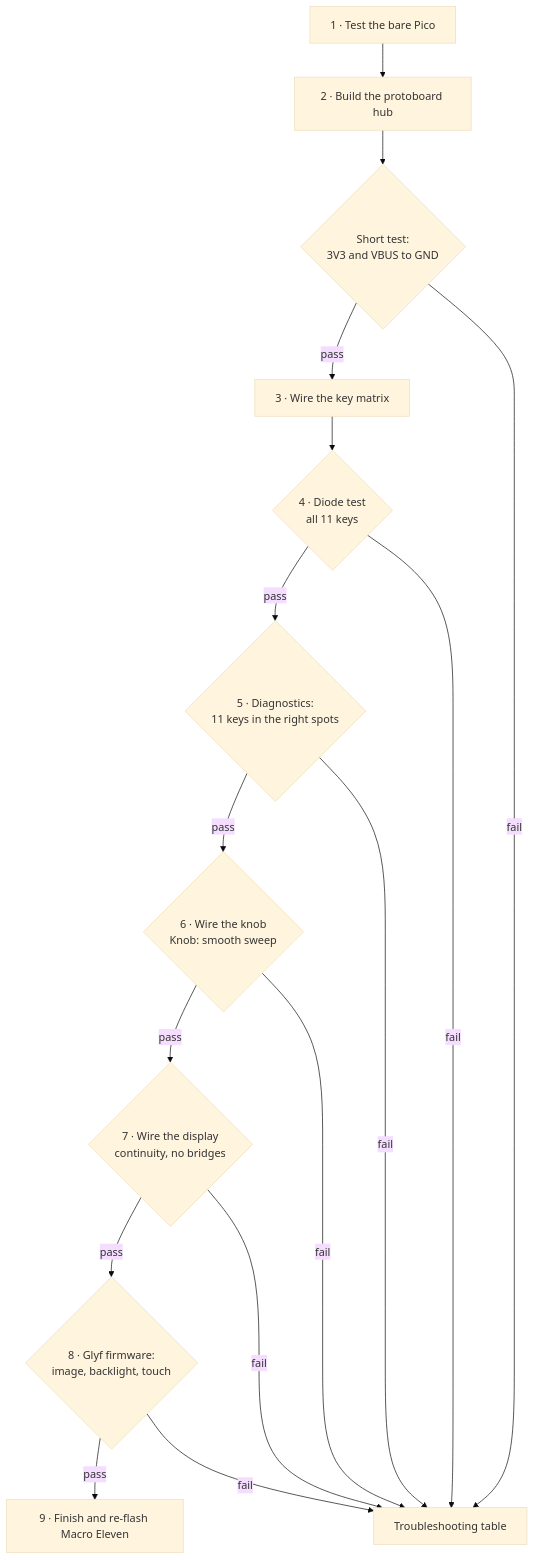
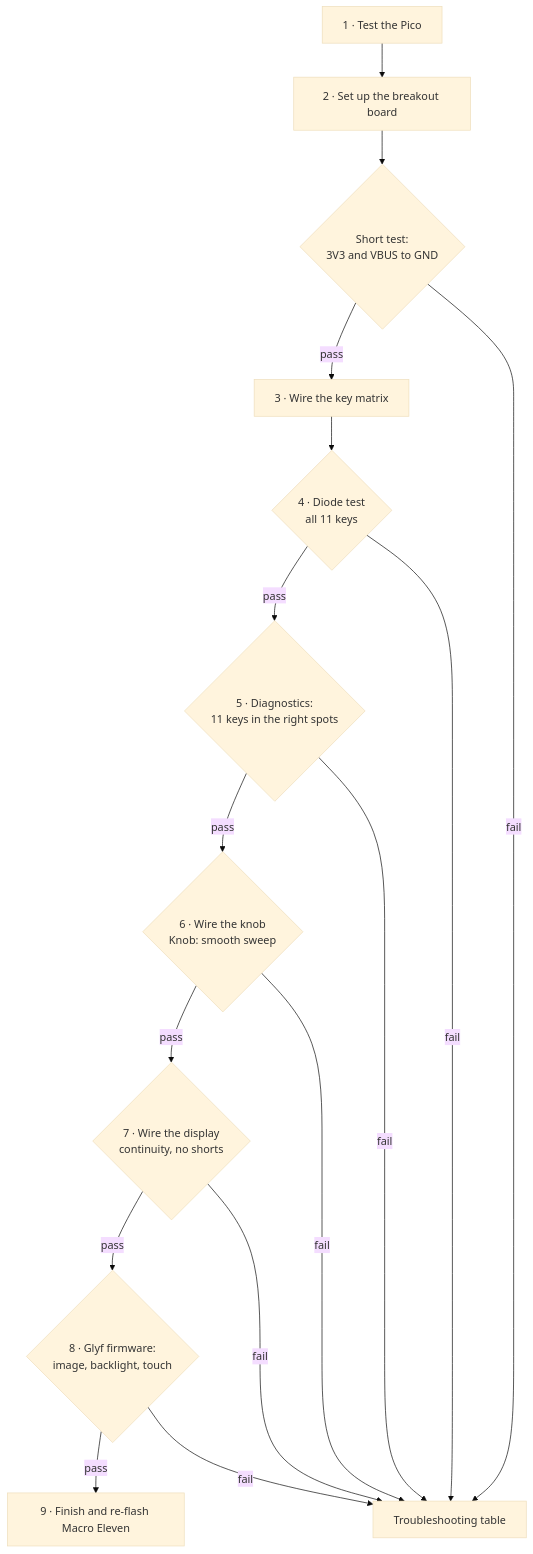
Before and after one commit to milesroxas/glyf: the second of 2 diagrams in domains/prototypes/macropads/macro-eleven/docs/rev2-wiring-guide.md, drawn with Mermaid (base theme). The commit also changed other lines of this file, not shown here.

First line of the commit message:
docs(macro-eleven): update wiring guide for breakout board integration

````diff
--- a/domains/prototypes/macropads/macro-eleven/docs/rev2-wiring-guide.md
+++ b/domains/prototypes/macropads/macro-eleven/docs/rev2-wiring-guide.md
@@ -194,13 +177,13 @@
 ```mermaid
 flowchart TD
-    S1["1 · Test the bare Pico"] --> S2["2 · Build the protoboard hub"]
+    S1["1 · Test the Pico"] --> S2["2 · Set up the breakout board"]
     S2 --> T2{"Short test:<br/>3V3 and VBUS to GND"}
     T2 -->|pass| S3["3 · Wire the key matrix"]
     S3 --> S4{"4 · Diode test<br/>all 11 keys"}
     S4 -->|pass| S5{"5 · Diagnostics:<br/>11 keys in the right spots"}
     S5 -->|pass| S6{"6 · Wire the knob<br/>Knob: smooth sweep"}
-    S6 -->|pass| S7{"7 · Wire the display<br/>continuity, no bridges"}
+    S6 -->|pass| S7{"7 · Wire the display<br/>continuity, no shorts"}
     S7 -->|pass| S8{"8 · Glyf firmware:<br/>image, backlight, touch"}
     S8 -->|pass| S9["9 · Finish and re-flash Macro Eleven"]
     T2 & S4 & S5 & S6 & S7 & S8 -->|fail| FIX["Troubleshooting table"]
 ```
````
